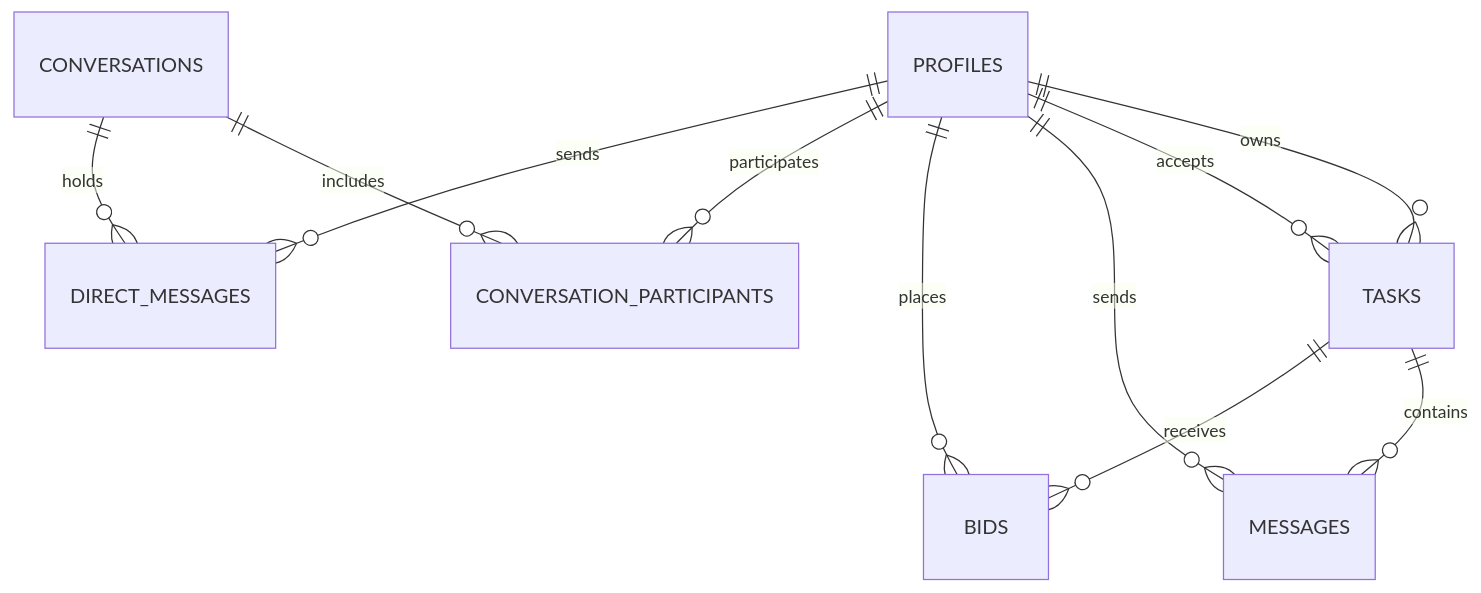
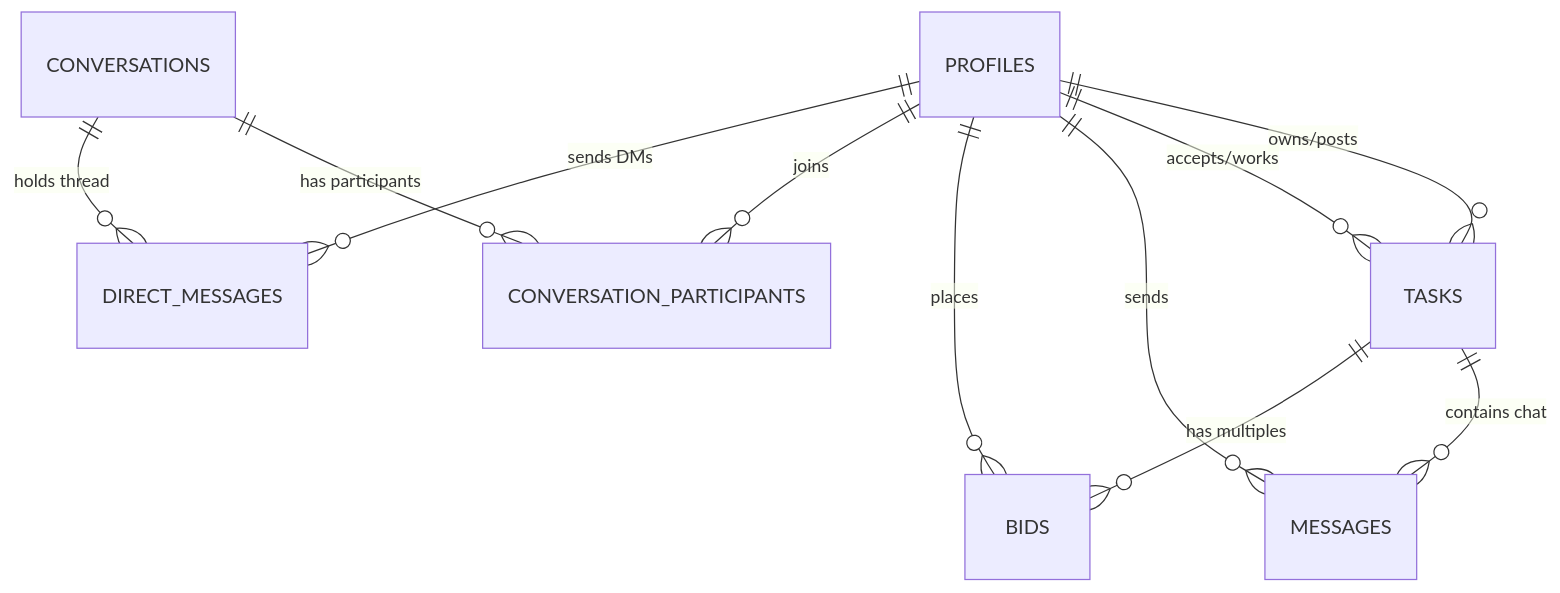
The second of 3 diagrams in README.md (thelost-beep/nasty-task), drawn with Mermaid before and after one commit. The commit also changed other lines of this file, not shown here.

Commit message:
Enhance README.md with detailed diagrams, badges, and project structure

````diff
--- a/README.md
+++ b/README.md
@@ -53,13 +59,13 @@
 ```mermaid
 erDiagram
-    PROFILES ||--o{ TASKS : owns
-    PROFILES ||--o{ TASKS : accepts
-    PROFILES ||--o{ MESSAGES : sends
-    TASKS ||--o{ MESSAGES : contains
-    PROFILES ||--o{ BIDS : places
-    TASKS ||--o{ BIDS : receives
-    CONVERSATIONS ||--o{ CONVERSATION_PARTICIPANTS : includes
-    PROFILES ||--o{ CONVERSATION_PARTICIPANTS : participates
-    CONVERSATIONS ||--o{ DIRECT_MESSAGES : holds
-    PROFILES ||--o{ DIRECT_MESSAGES : sends
+    PROFILES ||--o{ TASKS : "owns/posts"
+    PROFILES ||--o{ TASKS : "accepts/works"
+    PROFILES ||--o{ MESSAGES : "sends"
+    TASKS ||--o{ MESSAGES : "contains chat"
+    TASKS ||--o{ BIDS : "has multiples"
+    PROFILES ||--o{ BIDS : "places"
+    CONVERSATIONS ||--o{ CONVERSATION_PARTICIPANTS : "has participants"
+    PROFILES ||--o{ CONVERSATION_PARTICIPANTS : "joins"
+    CONVERSATIONS ||--o{ DIRECT_MESSAGES : "holds thread"
+    PROFILES ||--o{ DIRECT_MESSAGES : "sends DMs"
 ```
````
